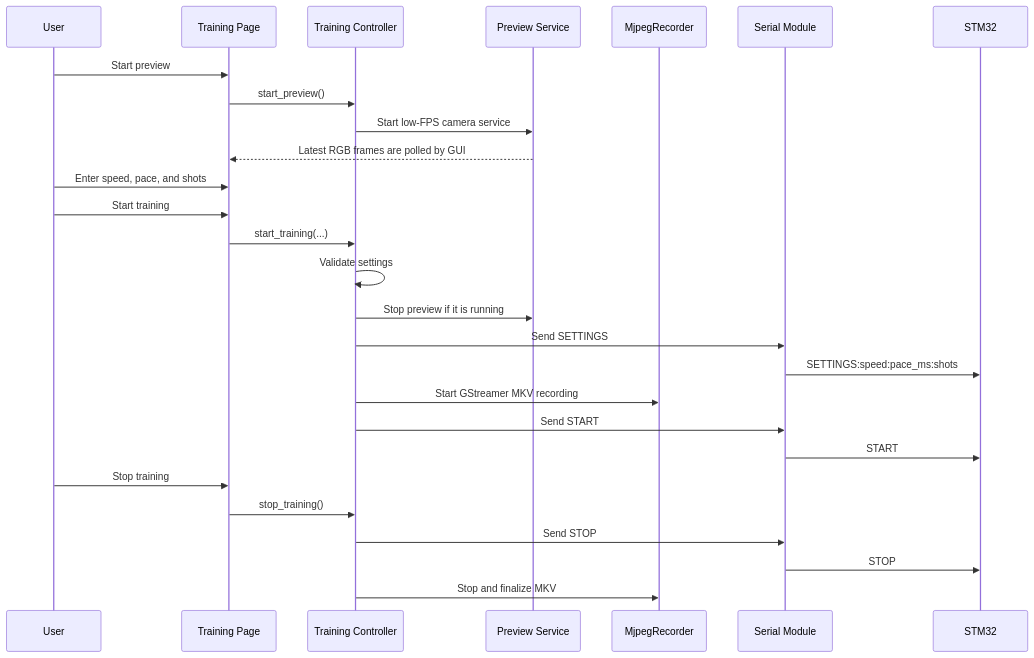
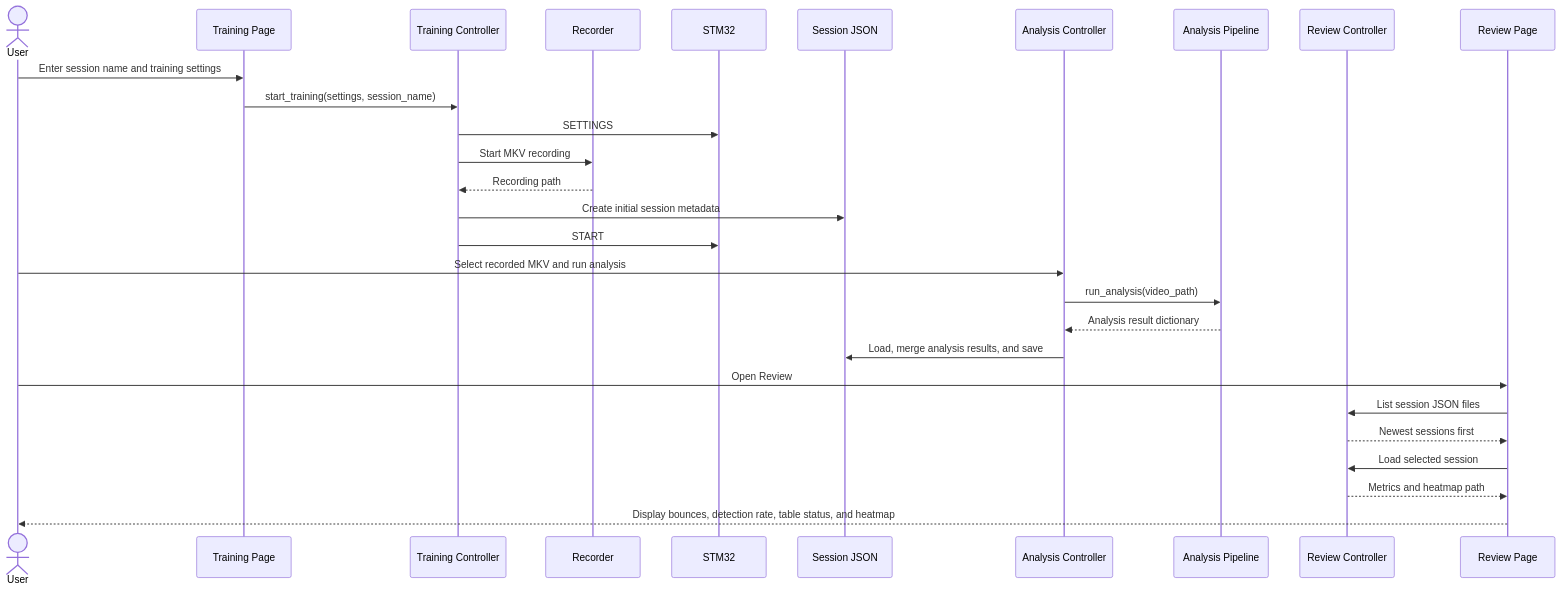
The third of 4 diagrams in jetson/docs/software_architecture.md (CoulterRolph/Capstone_Opencv), drawn with Mermaid before and after one commit. The commit also changed other lines of this file and 9 other files, not shown here.

````diff
--- a/jetson/docs/software_architecture.md
+++ b/jetson/docs/software_architecture.md
@@ -152,32 +113,33 @@
 ```mermaid
 sequenceDiagram
-    participant U as User
+    actor U as User
     participant TP as Training Page
     participant TC as Training Controller
-    participant PV as Preview Service
-    participant REC as MjpegRecorder
-    participant SER as Serial Module
+    participant REC as Recorder
     participant STM as STM32
+    participant J as Session JSON
+    participant AC as Analysis Controller
+    participant CV as Analysis Pipeline
+    participant RC as Review Controller
+    participant RP as Review Page
 
-    U->>TP: Start preview
-    TP->>TC: start_preview()
-    TC->>PV: Start low-FPS camera service
-    PV-->>TP: Latest RGB frames are polled by GUI
+    U->>TP: Enter session name and training settings
+    TP->>TC: start_training(settings, session_name)
+    TC->>STM: SETTINGS
+    TC->>REC: Start MKV recording
+    REC-->>TC: Recording path
+    TC->>J: Create initial session metadata
+    TC->>STM: START
 
-    U->>TP: Enter speed, pace, and shots
-    U->>TP: Start training
-    TP->>TC: start_training(...)
-    TC->>TC: Validate settings
-    TC->>PV: Stop preview if it is running
-    TC->>SER: Send SETTINGS
-    SER->>STM: SETTINGS:speed:pace_ms:shots
-    TC->>REC: Start GStreamer MKV recording
-    TC->>SER: Send START
-    SER->>STM: START
+    U->>AC: Select recorded MKV and run analysis
+    AC->>CV: run_analysis(video_path)
+    CV-->>AC: Analysis result dictionary
+    AC->>J: Load, merge analysis results, and save
 
-    U->>TP: Stop training
-    TP->>TC: stop_training()
-    TC->>SER: Send STOP
-    SER->>STM: STOP
-    TC->>REC: Stop and finalize MKV
+    U->>RP: Open Review
+    RP->>RC: List session JSON files
+    RC-->>RP: Newest sessions first
+    RP->>RC: Load selected session
+    RC-->>RP: Metrics and heatmap path
+    RP-->>U: Display bounces, detection rate, table status, and heatmap
 ```
````
